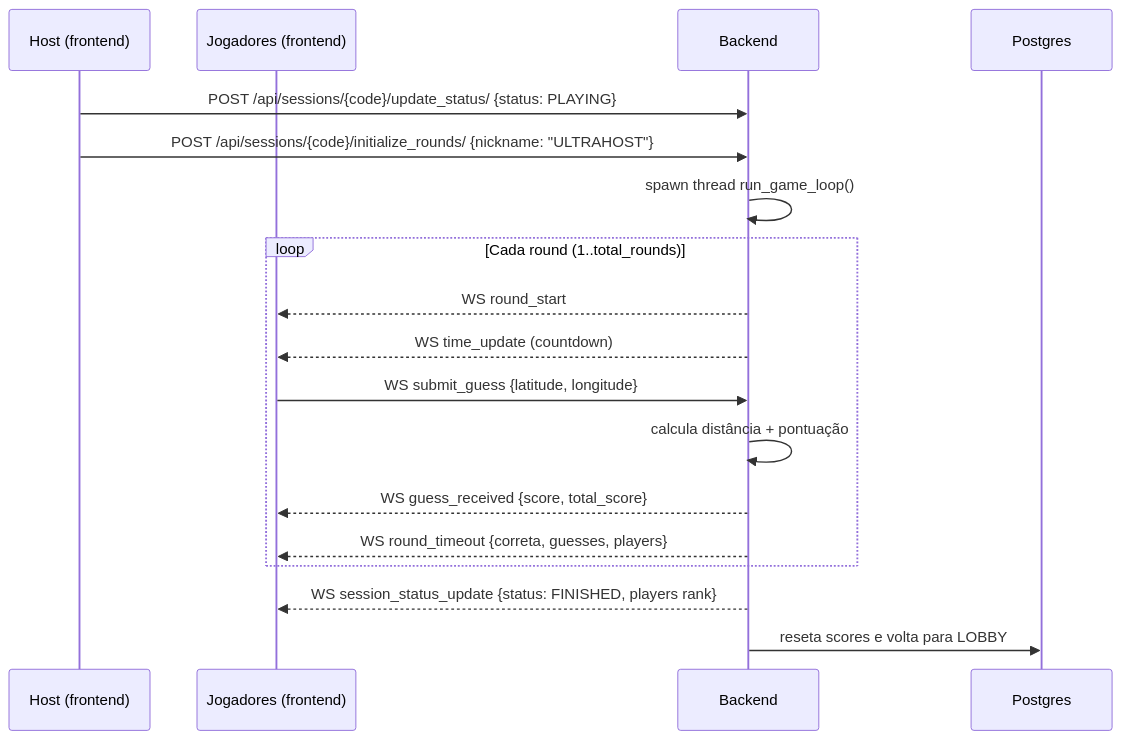
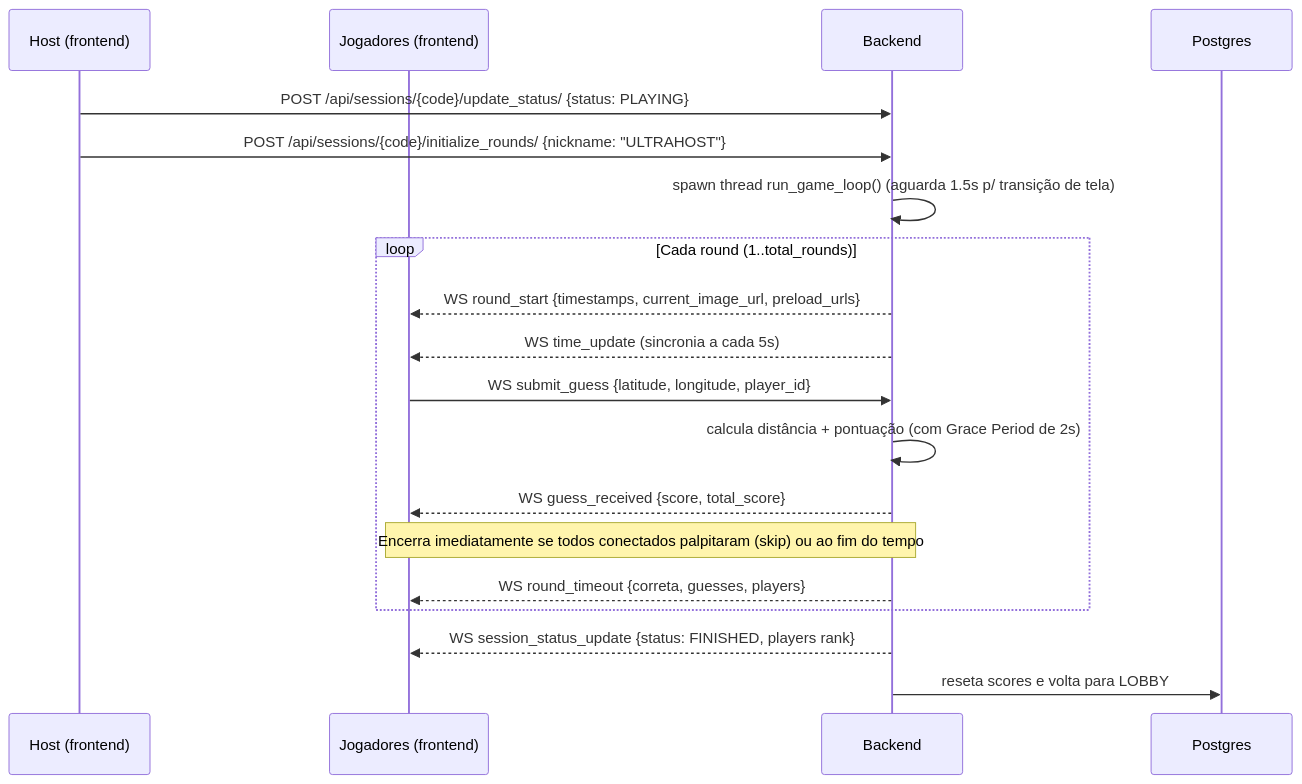
The diagram in docs/ARCHITECTURE.md (Gustag16/DACOMP_Geoguessr), drawn with Mermaid before and after one commit. The commit also changed other lines of this file and 3 other files, not shown here.

````diff
--- a/docs/ARCHITECTURE.md
+++ b/docs/ARCHITECTURE.md
@@ -74,21 +76,22 @@
 ```mermaid
 sequenceDiagram
     participant H as Host (frontend)
     participant FE as Jogadores (frontend)
     participant BE as Backend
     participant DB as Postgres
 
     H->>BE: POST /api/sessions/{code}/update_status/ {status: PLAYING}
     H->>BE: POST /api/sessions/{code}/initialize_rounds/ {nickname: "ULTRAHOST"}
-    BE->>BE: spawn thread run_game_loop()
+    BE->>BE: spawn thread run_game_loop() (aguarda 1.5s p/ transição de tela)
     loop Cada round (1..total_rounds)
-        BE-->>FE: WS round_start
-        BE-->>FE: WS time_update (countdown)
-        FE->>BE: WS submit_guess {latitude, longitude}
-        BE->>BE: calcula distância + pontuação
+        BE-->>FE: WS round_start {timestamps, current_image_url, preload_urls}
+        BE-->>FE: WS time_update (sincronia a cada 5s)
+        FE->>BE: WS submit_guess {latitude, longitude, player_id}
+        BE->>BE: calcula distância + pontuação (com Grace Period de 2s)
         BE-->>FE: WS guess_received {score, total_score}
+        Note over BE,FE: Encerra imediatamente se todos conectados palpitaram (skip) ou ao fim do tempo
         BE-->>FE: WS round_timeout {correta, guesses, players}
     end
     BE-->>FE: WS session_status_update {status: FINISHED, players rank}
     BE->>DB: reseta scores e volta para LOBBY
 ```
````
